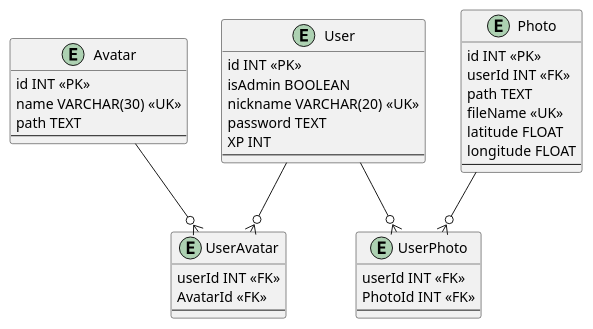
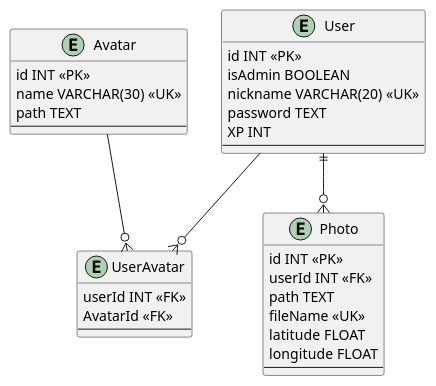
Before and after one commit to augusto-dmh/095cm_xrlab_backend: the diagram in database/design/DER_095.plantuml, drawn with PlantUML. The commit also changed 1 other file, not shown here.

Commit message:
refactor: userPhoto to one-to-many
there's no need for a junction table since the real relationship is not only one photo belongs to a user, but one or more photos belong to a user.

```diff
--- a/database/design/DER_095.plantuml
+++ b/database/design/DER_095.plantuml
@@ -1,46 +1,39 @@
 @startuml DER
 
 entity User {
     id INT <<PK>>
     isAdmin BOOLEAN
     nickname VARCHAR(20) <<UK>>
     password TEXT
     XP INT
     --
 }
 
 entity Avatar {
     id INT <<PK>>
     name VARCHAR(30) <<UK>>
     path TEXT
     --
 }
 
 entity UserAvatar {
     userId INT <<FK>>
     AvatarId <<FK>>
     --
 }
 
-entity UserPhoto {
-    userId INT <<FK>>
-    PhotoId INT <<FK>>
-    --
-}
-
 entity Photo {
     id INT <<PK>>
     userId INT <<FK>>
     path TEXT
     fileName <<UK>>
     latitude FLOAT
     longitude FLOAT
     --
 }
 
-User --o{ UserPhoto
+User ||--o{ Photo
 User --o{ UserAvatar
 Avatar --o{ UserAvatar
-Photo --o{ UserPhoto
 
 @enduml
```
